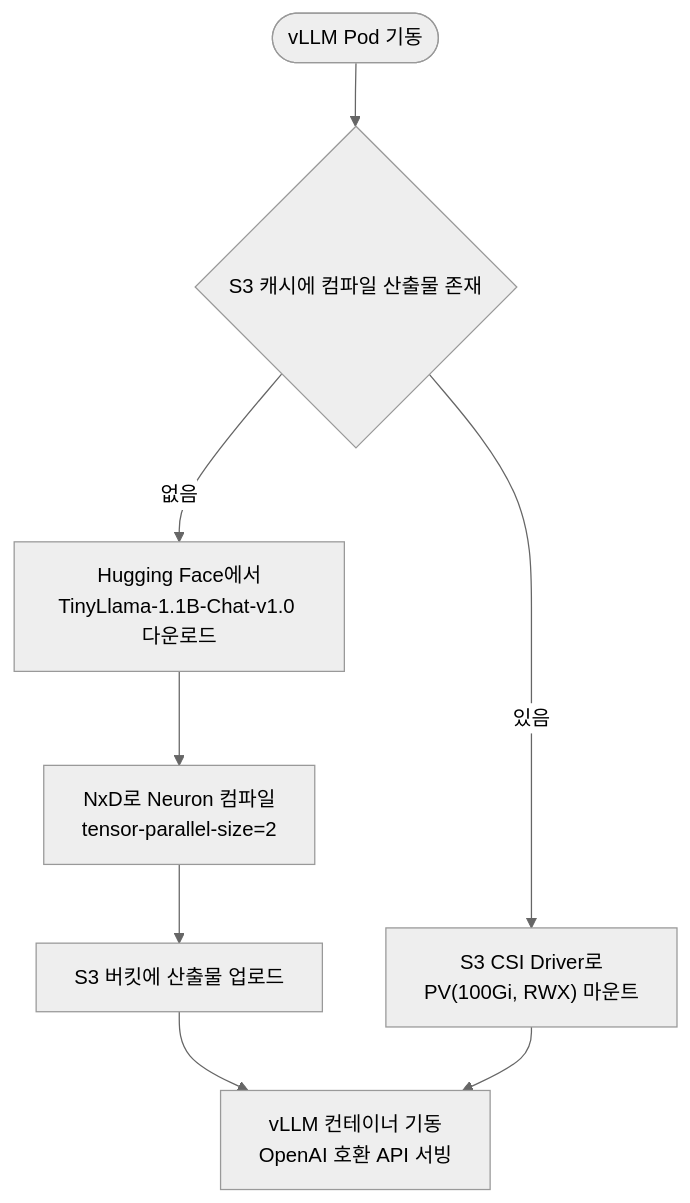
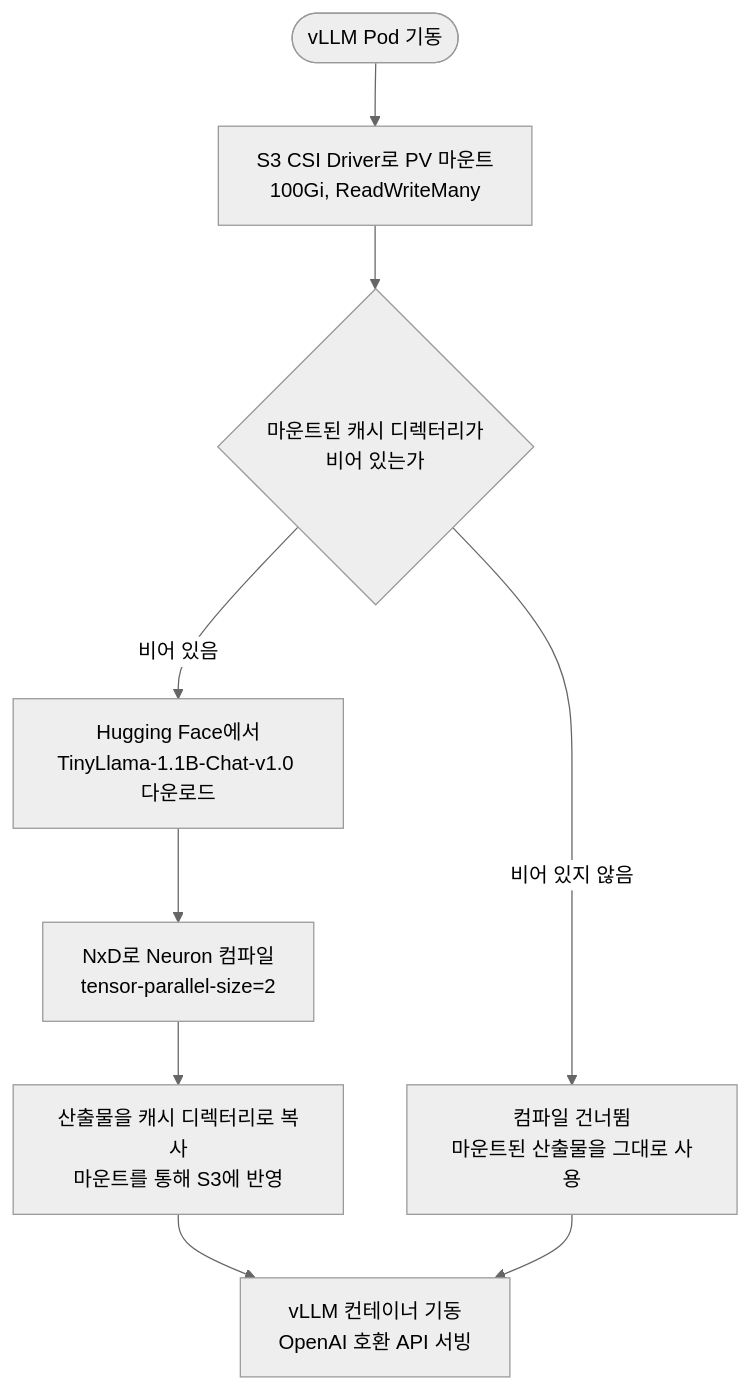
One commit to sirzzang/sirzzang.github.io changed the second of 2 diagrams in _posts/2026-09-11-Kubernetes-LLM-Serving-Optimization-08-00-EKS-Workshop-Overview.md. Above: the diagram before and after it, drawn with Mermaid (neutral theme). The commit also changed other lines of this file and 25 other files, not shown here.

````diff
--- a/_posts/2026-09-11-Kubernetes-LLM-Serving-Optimization-08-00-EKS-Workshop-Overview.md
+++ b/_posts/2026-09-11-Kubernetes-LLM-Serving-Optimization-08-00-EKS-Workshop-Overview.md
@@ -231,10 +260,11 @@
 ```mermaid
 flowchart TD
-    start(["vLLM Pod 기동"]) --> check{S3 캐시에 컴파일 산출물 존재}
-    check -- 없음 --> hf["Hugging Face에서<br/>TinyLlama-1.1B-Chat-v1.0 다운로드"]
+    start(["vLLM Pod 기동"]) --> mount["S3 CSI Driver로 PV 마운트<br/>100Gi, ReadWriteMany"]
+    mount --> check{"마운트된 캐시 디렉터리가<br/>비어 있는가"}
+    check -- "비어 있음" --> hf["Hugging Face에서<br/>TinyLlama-1.1B-Chat-v1.0 다운로드"]
     hf --> compile["NxD로 Neuron 컴파일<br/>tensor-parallel-size=2"]
-    compile --> upload["S3 버킷에 산출물 업로드"]
-    upload --> serve
-    check -- 있음 --> mount["S3 CSI Driver로<br/>PV(100Gi, RWX) 마운트"]
-    mount --> serve["vLLM 컨테이너 기동<br/>OpenAI 호환 API 서빙"]
+    compile --> copy["산출물을 캐시 디렉터리로 복사<br/>마운트를 통해 S3에 반영"]
+    copy --> serve
+    check -- "비어 있지 않음" --> skip["컴파일 건너뜀<br/>마운트된 산출물을 그대로 사용"]
+    skip --> serve["vLLM 컨테이너 기동<br/>OpenAI 호환 API 서빙"]
 ```
````
